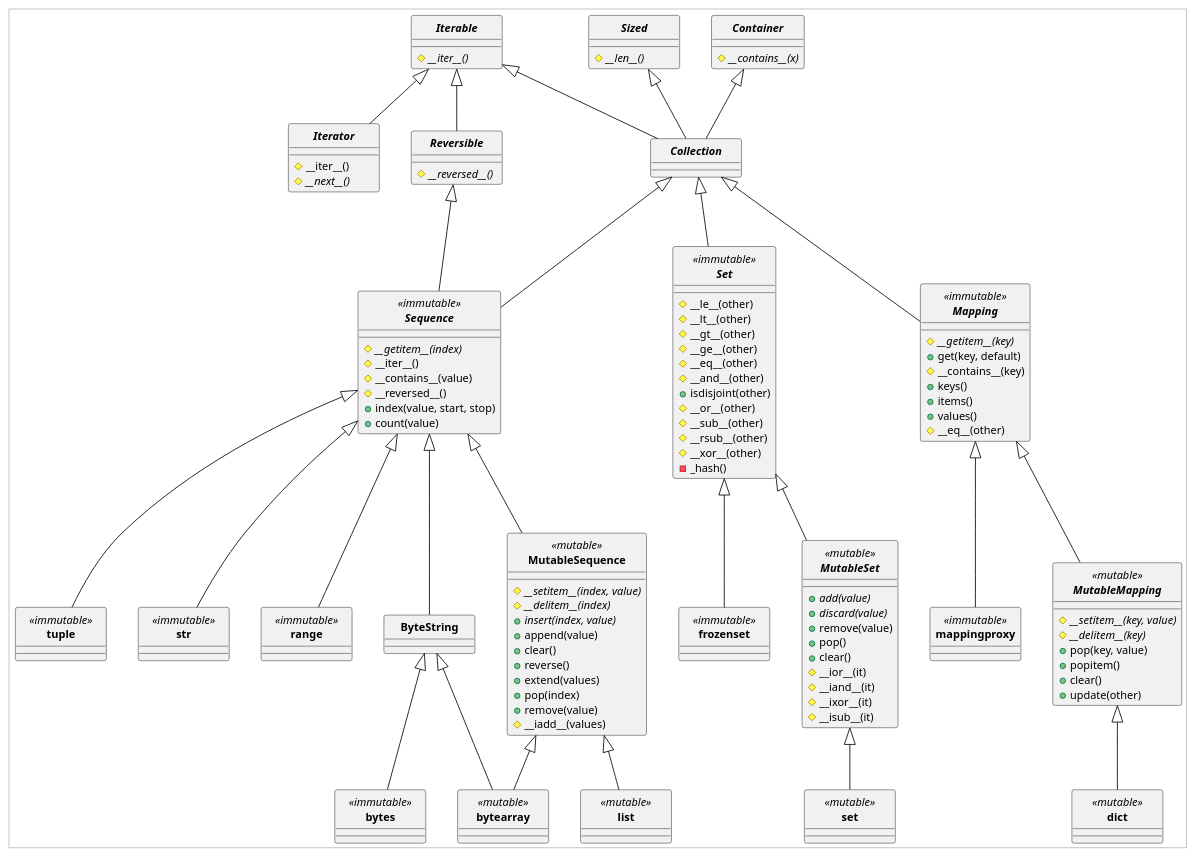
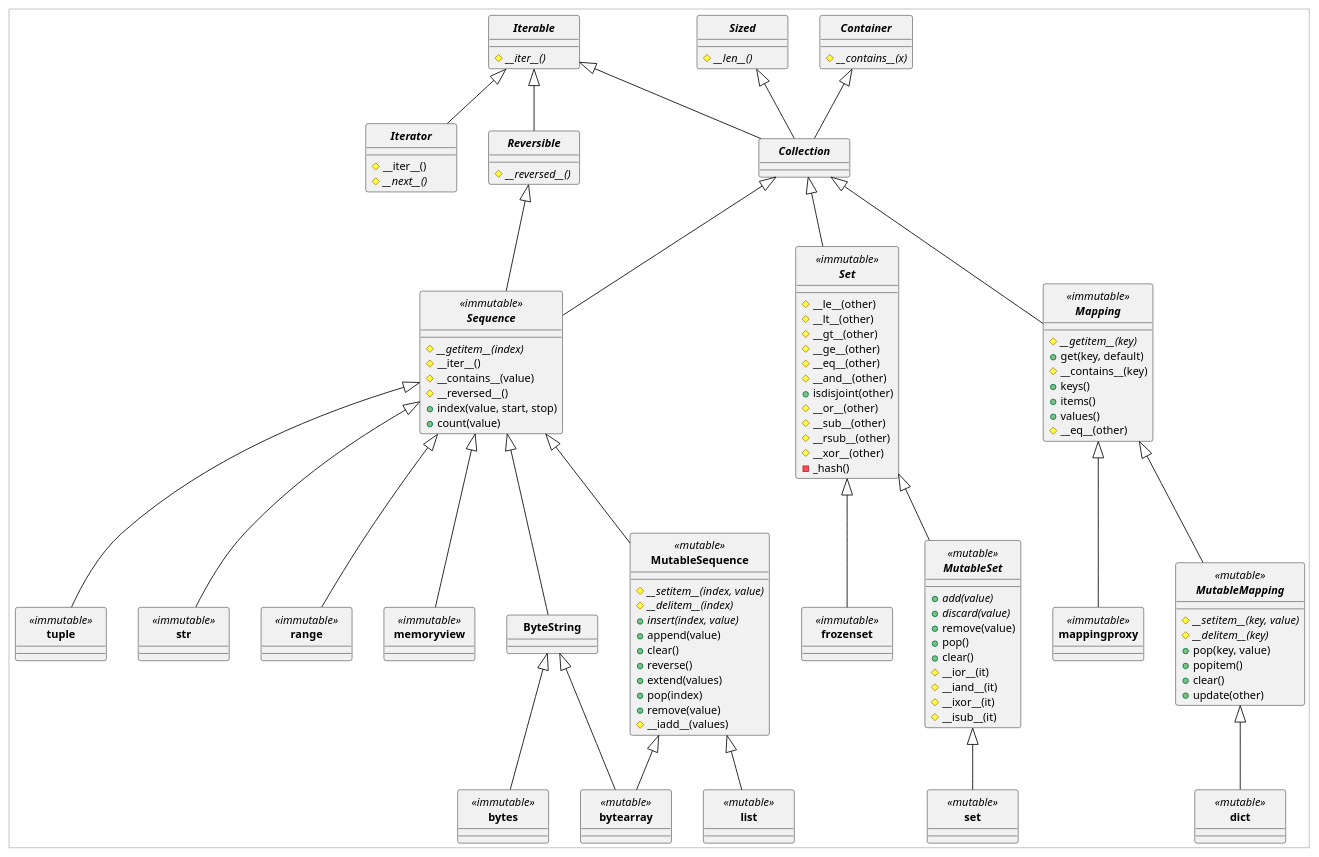
The diagram in python/collections.plantuml (3rdstage/models), drawn with PlantUML before and after one commit.

Commit message:
memoryview does be an extend of Sequence
https://github.com/python/cpython/blob/v3.8.5/Lib/_collections_abc.py#L920

```diff
--- a/python/collections.plantuml
+++ b/python/collections.plantuml
@@ -1,139 +1,139 @@
 @startuml
 
 ' Python 3 Collections
 ' https://github.com/python/cpython/blob/v3.8.5/Lib/_collections_abc.py
 
 ' https://plantuml.com/en/class-diagram
 ' https://plantuml-documentation.readthedocs.io/en/latest/formatting/all-skin-params.html
 ' https://plantuml-documentation.readthedocs.io/en/latest/formatting/all-skin-params.html#class
 
 skinparam {
   'DefaultFontName Lucida Console
   DefaultFontName Consolas
   DefaultFontSize 12
   DiagramBorderColor silver
   DiagramBorderThickness 1
   MinClassWidth 100
   ClassFontStyle bold
 }
 
 hide Circle
 'caption Python 3 Collections
 
 abstract class Iterable{
   # {abstract} __iter__()
 }
 
 abstract class Iterator extends Iterable{
   # __iter__()
   # {abstract} __next__()
 } 
 
 abstract class Reversible extends Iterable{
   # {abstract} __reversed__()
 }
 
 abstract class Sized{
   # {abstract} __len__()
 }
 
 abstract class Container{
   # {abstract} __contains__(x)
 }
 
 abstract class Collection extends Iterable, Sized, Container
 
 abstract class Set <<immutable>> extends Collection{
 
   # __le__(other)
   # __lt__(other)
   # __gt__(other)
   # __ge__(other)
   # __eq__(other)
   # __and__(other)
   + isdisjoint(other)
   # __or__(other)
   # __sub__(other)
   # __rsub__(other)
   # __xor__(other)
   - _hash()
 }
 
 class frozenset <<immutable>> extends Set
 
 abstract class MutableSet <<mutable>> extends Set{
 
   + {abstract} add(value)
   + {abstract} discard(value)
   + remove(value)
   + pop()
   + clear()
   # __ior__(it)
   # __iand__(it)
   # __ixor__(it)
   # __isub__(it)
 }
 
 class set <<mutable>> extends MutableSet
 
 abstract class Mapping <<immutable>> extends Collection{
   
   # {abstract} __getitem__(key)
   + get(key, default)
   # __contains__(key)
   + keys()
   + items()
   + values()
   # __eq__(other)
 }
 
 class mappingproxy <<immutable>> extends Mapping
 
 abstract class MutableMapping <<mutable>> extends Mapping{
 
   # {abstract} __setitem__(key, value)
   # {abstract} __delitem__(key)
   + pop(key, value)
   + popitem()
   + clear()
   + update(other)
 }
 
 class dict <<mutable>> extends MutableMapping
 
 abstract class Sequence <<immutable>> extends Reversible, Collection {
 
   # {abstract} __getitem__(index)
   # __iter__()
   # __contains__(value)
   # __reversed__()
   + index(value, start, stop)
   + count(value)
 }
 
 class tuple <<immutable>> extends Sequence
 class str <<immutable>> extends Sequence
 class range <<immutable>> extends Sequence
-'class memoryview <<immutable>> extends Sequence
+class memoryview <<immutable>> extends Sequence
 
 class ByteString extends Sequence
 class bytes <<immutable>> extends ByteString
 class bytearray extends ByteString
 
 class MutableSequence <<mutable>> extends Sequence{
   # {abstract} __setitem__(index, value)
   # {abstract} __delitem__(index)
   + {abstract} insert(index, value)
   + append(value)
   + clear()
   + reverse()
   + extend(values)
   + pop(index)
   + remove(value)
   # __iadd__(values)
 }
 
 class list <<mutable>> extends MutableSequence
 class bytearray <<mutable>> extends MutableSequence
 
 @enduml
```
